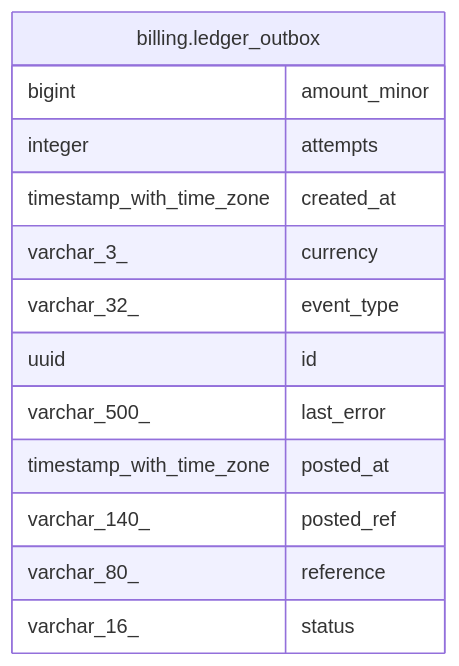
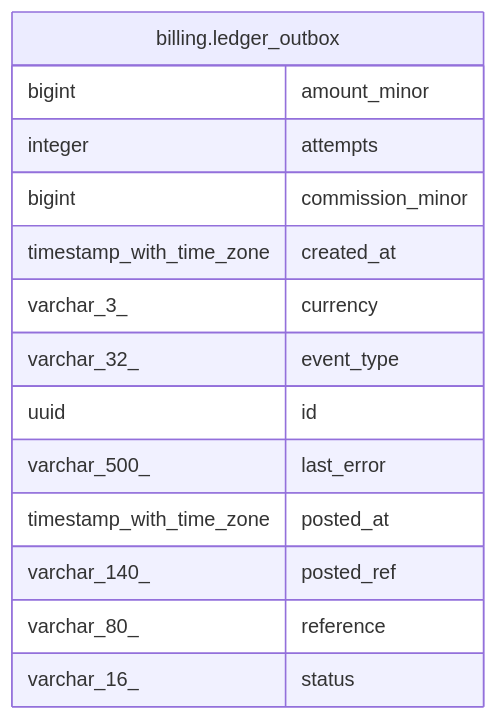
The diagram in docs/data-model/billing.ledger_outbox.md (andrelair-platform/ktayl-core), drawn with Mermaid before and after one commit. The commit also changed other lines of this file and 22 other files, not shown here.

````diff
--- a/docs/data-model/billing.ledger_outbox.md
+++ b/docs/data-model/billing.ledger_outbox.md
@@ -37,18 +38,19 @@
 ```mermaid
 erDiagram
 
 
 "billing.ledger_outbox" {
   bigint amount_minor
   integer attempts
+  bigint commission_minor
   timestamp_with_time_zone created_at
   varchar_3_ currency
   varchar_32_ event_type
   uuid id
   varchar_500_ last_error
   timestamp_with_time_zone posted_at
   varchar_140_ posted_ref
   varchar_80_ reference
   varchar_16_ status
 }
 ```
````
